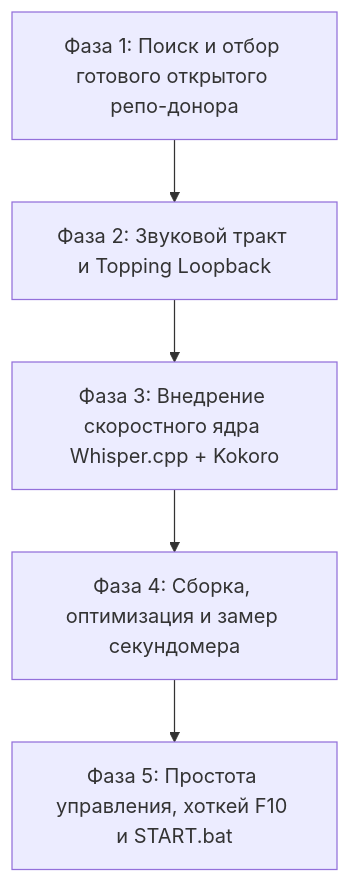
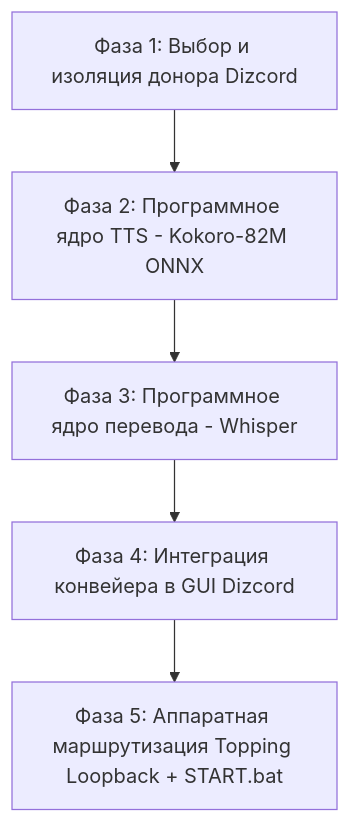
One commit to Sonatko/all_translete_online changed the diagram in stage_3_voice/ROADMAP.md. Above: the diagram before and after it, drawn with Mermaid. The commit also changed other lines of this file and 82 other files, not shown here.

Commit message:
feat(stage3): complete Phase 1 - select and isolate Dizcord donor repo, setup uv .venv and update roadmap

````diff
--- a/stage_3_voice/ROADMAP.md
+++ b/stage_3_voice/ROADMAP.md
@@ -16,7 +16,7 @@
 ```mermaid
 flowchart TD
-    P1[Фаза 1: Поиск и отбор готового открытого репо-донора] --> P2[Фаза 2: Звуковой тракт и Topping Loopback]
-    P2 --> P3[Фаза 3: Внедрение скоростного ядра Whisper.cpp + Kokoro]
-    P3 --> P4[Фаза 4: Сборка, оптимизация и замер секундомера]
-    P4 --> P5[Фаза 5: Простота управления, хоткей F10 и START.bat]
+    P1[Фаза 1: Выбор и изоляция донора Dizcord] --> P2[Фаза 2: Программное ядро TTS - Kokoro-82M ONNX]
+    P2 --> P3[Фаза 3: Программное ядро перевода - Whisper]
+    P3 --> P4[Фаза 4: Интеграция конвейера в GUI Dizcord]
+    P4 --> P5[Фаза 5: Аппаратная маршрутизация Topping Loopback + START.bat]
 ```
````
